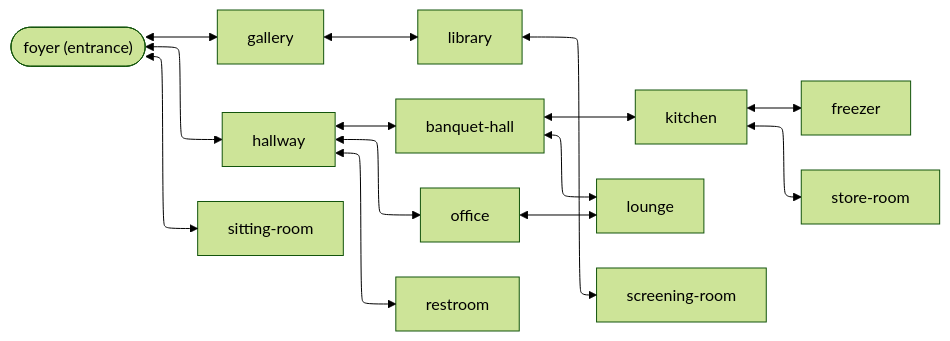
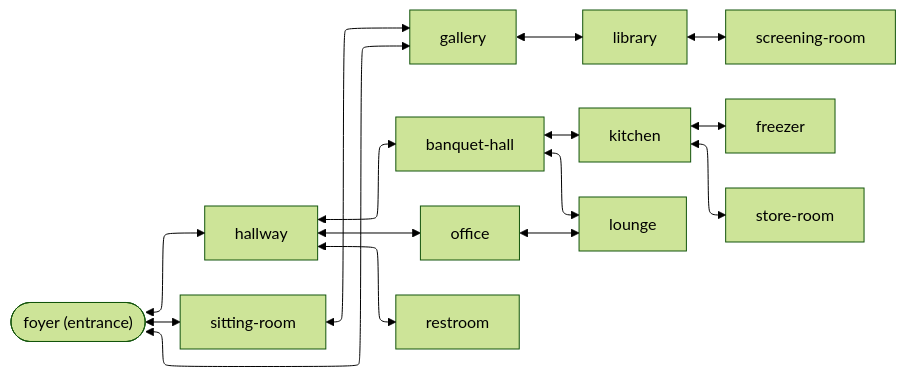
One commit to frizzle-chan/mudd changed the diagram in data/worlds/mansion-map.mmd. Above: the diagram before and after it, drawn with Mermaid (forest theme).

Commit message:
Update mansion-map.mmd with sitting room to gallery door

```diff
--- a/data/worlds/mansion-map.mmd
+++ b/data/worlds/mansion-map.mmd
@@ -1,19 +1,20 @@
 ---
 config:
     layout: elk
 ---
 graph LR
     foyer@{ shape: stadium, label: "foyer (entrance)" }
     foyer <--> gallery
     foyer <--> hallway
     foyer <--> sitting-room
+    sitting-room <--> gallery
     gallery <--> library
     hallway <--> banquet-hall
     hallway <--> office
     hallway <--> restroom
     banquet-hall <--> kitchen
     banquet-hall <--> lounge
     library <--> screening-room
     office <--> lounge
     kitchen <--> freezer
     kitchen <--> store-room
```
